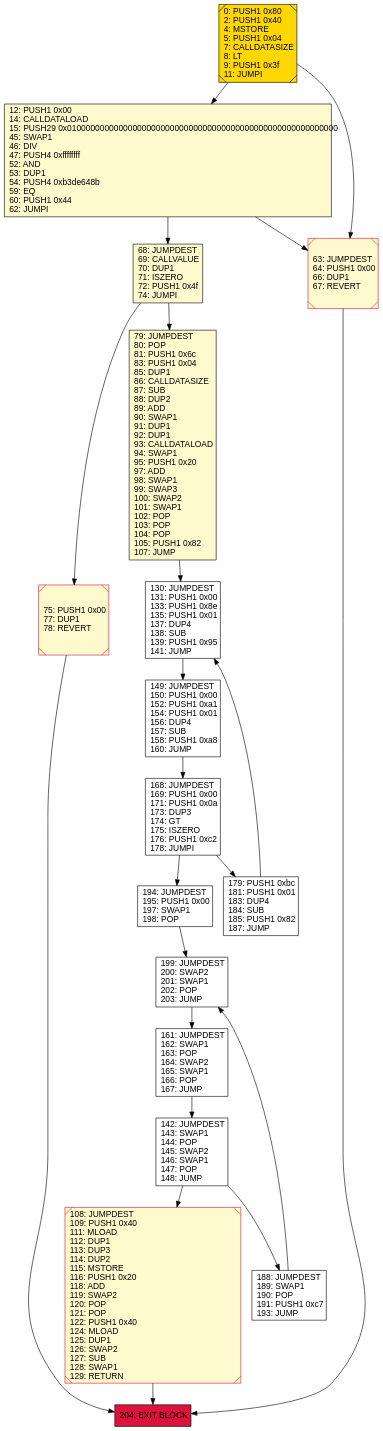
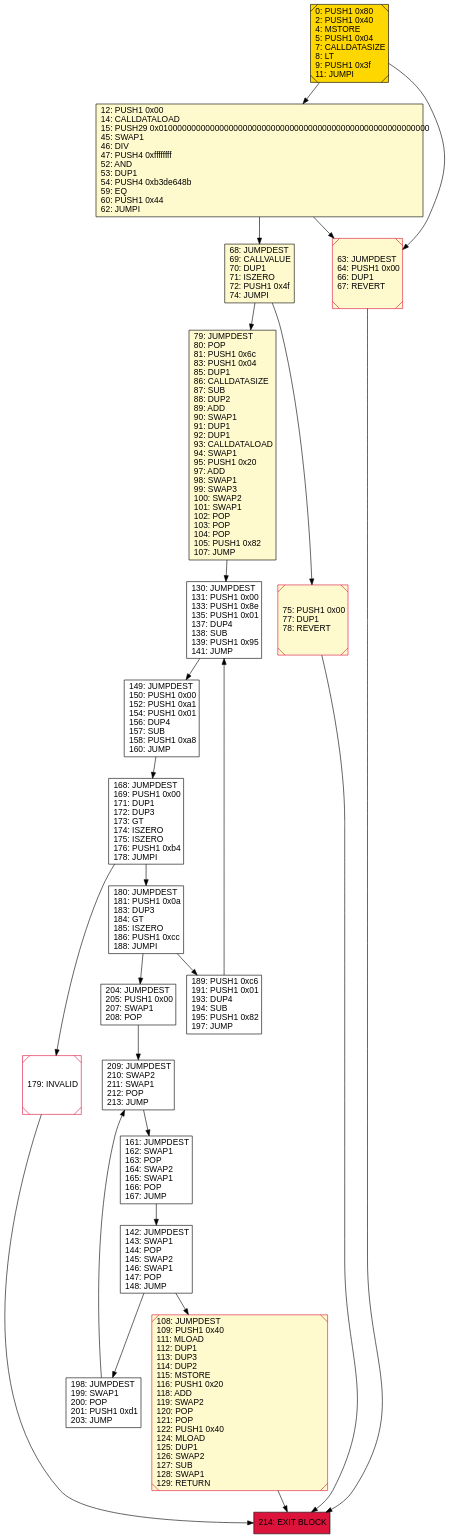
The diagram in iEvmOpt/Cfg/CfgOutput/test3_cfg.gv (Michael-LiangAnze/iEvmOpt), drawn with Graphviz before and after one commit. The commit also changed 32 other files, not shown here.

```diff
--- a/iEvmOpt/Cfg/CfgOutput/test3_cfg.gv
+++ b/iEvmOpt/Cfg/CfgOutput/test3_cfg.gv
@@ -1,42 +1,47 @@
 digraph G {
 bgcolor=transparent rankdir=UD;
 node [shape=box style=filled color=black fillcolor=white fontname=arial fontcolor=black];
-194 [label="194: JUMPDEST\l195: PUSH1 0x00\l197: SWAP1\l198: POP\l" ];
-199 [label="199: JUMPDEST\l200: SWAP2\l201: SWAP1\l202: POP\l203: JUMP\l" ];
 68 [label="68: JUMPDEST\l69: CALLVALUE\l70: DUP1\l71: ISZERO\l72: PUSH1 0x4f\l74: JUMPI\l" fillcolor=lemonchiffon ];
 142 [label="142: JUMPDEST\l143: SWAP1\l144: POP\l145: SWAP2\l146: SWAP1\l147: POP\l148: JUMP\l" ];
+198 [label="198: JUMPDEST\l199: SWAP1\l200: POP\l201: PUSH1 0xd1\l203: JUMP\l" ];
 149 [label="149: JUMPDEST\l150: PUSH1 0x00\l152: PUSH1 0xa1\l154: PUSH1 0x01\l156: DUP4\l157: SUB\l158: PUSH1 0xa8\l160: JUMP\l" ];
-168 [label="168: JUMPDEST\l169: PUSH1 0x00\l171: PUSH1 0x0a\l173: DUP3\l174: GT\l175: ISZERO\l176: PUSH1 0xc2\l178: JUMPI\l" ];
 75 [label="75: PUSH1 0x00\l77: DUP1\l78: REVERT\l" fillcolor=lemonchiffon shape=Msquare color=crimson ];
 161 [label="161: JUMPDEST\l162: SWAP1\l163: POP\l164: SWAP2\l165: SWAP1\l166: POP\l167: JUMP\l" ];
-204 [label="204: EXIT BLOCK\l" fillcolor=crimson ];
+189 [label="189: PUSH1 0xc6\l191: PUSH1 0x01\l193: DUP4\l194: SUB\l195: PUSH1 0x82\l197: JUMP\l" ];
+179 [label="179: INVALID\l" shape=Msquare color=crimson ];
+180 [label="180: JUMPDEST\l181: PUSH1 0x0a\l183: DUP3\l184: GT\l185: ISZERO\l186: PUSH1 0xcc\l188: JUMPI\l" ];
+204 [label="204: JUMPDEST\l205: PUSH1 0x00\l207: SWAP1\l208: POP\l" ];
+168 [label="168: JUMPDEST\l169: PUSH1 0x00\l171: DUP1\l172: DUP3\l173: GT\l174: ISZERO\l175: ISZERO\l176: PUSH1 0xb4\l178: JUMPI\l" ];
 130 [label="130: JUMPDEST\l131: PUSH1 0x00\l133: PUSH1 0x8e\l135: PUSH1 0x01\l137: DUP4\l138: SUB\l139: PUSH1 0x95\l141: JUMP\l" ];
 0 [label="0: PUSH1 0x80\l2: PUSH1 0x40\l4: MSTORE\l5: PUSH1 0x04\l7: CALLDATASIZE\l8: LT\l9: PUSH1 0x3f\l11: JUMPI\l" fillcolor=lemonchiffon shape=Msquare fillcolor=gold ];
 12 [label="12: PUSH1 0x00\l14: CALLDATALOAD\l15: PUSH29 0x0100000000000000000000000000000000000000000000000000000000\l45: SWAP1\l46: DIV\l47: PUSH4 0xffffffff\l52: AND\l53: DUP1\l54: PUSH4 0xb3de648b\l59: EQ\l60: PUSH1 0x44\l62: JUMPI\l" fillcolor=lemonchiffon ];
-188 [label="188: JUMPDEST\l189: SWAP1\l190: POP\l191: PUSH1 0xc7\l193: JUMP\l" ];
-179 [label="179: PUSH1 0xbc\l181: PUSH1 0x01\l183: DUP4\l184: SUB\l185: PUSH1 0x82\l187: JUMP\l" ];
+209 [label="209: JUMPDEST\l210: SWAP2\l211: SWAP1\l212: POP\l213: JUMP\l" ];
+214 [label="214: EXIT BLOCK\l" fillcolor=crimson ];
 63 [label="63: JUMPDEST\l64: PUSH1 0x00\l66: DUP1\l67: REVERT\l" fillcolor=lemonchiffon shape=Msquare color=crimson ];
 79 [label="79: JUMPDEST\l80: POP\l81: PUSH1 0x6c\l83: PUSH1 0x04\l85: DUP1\l86: CALLDATASIZE\l87: SUB\l88: DUP2\l89: ADD\l90: SWAP1\l91: DUP1\l92: DUP1\l93: CALLDATALOAD\l94: SWAP1\l95: PUSH1 0x20\l97: ADD\l98: SWAP1\l99: SWAP3\l100: SWAP2\l101: SWAP1\l102: POP\l103: POP\l104: POP\l105: PUSH1 0x82\l107: JUMP\l" fillcolor=lemonchiffon ];
 108 [label="108: JUMPDEST\l109: PUSH1 0x40\l111: MLOAD\l112: DUP1\l113: DUP3\l114: DUP2\l115: MSTORE\l116: PUSH1 0x20\l118: ADD\l119: SWAP2\l120: POP\l121: POP\l122: PUSH1 0x40\l124: MLOAD\l125: DUP1\l126: SWAP2\l127: SUB\l128: SWAP1\l129: RETURN\l" fillcolor=lemonchiffon shape=Msquare color=crimson ];
-149 -> 168;
-194 -> 199;
+142 -> 198;
+180 -> 204;
+168 -> 179;
+168 -> 180;
 0 -> 12;
-168 -> 194;
-75 -> 204;
+189 -> 130;
+180 -> 189;
 12 -> 63;
 130 -> 149;
-199 -> 161;
+108 -> 214;
 0 -> 63;
+149 -> 168;
+63 -> 214;
 68 -> 75;
 161 -> 142;
-168 -> 179;
-108 -> 204;
-142 -> 188;
+198 -> 209;
 79 -> 130;
-188 -> 199;
 12 -> 68;
-63 -> 204;
-179 -> 130;
+204 -> 209;
 142 -> 108;
+179 -> 214;
+75 -> 214;
 68 -> 79;
+209 -> 161;
 }
```
